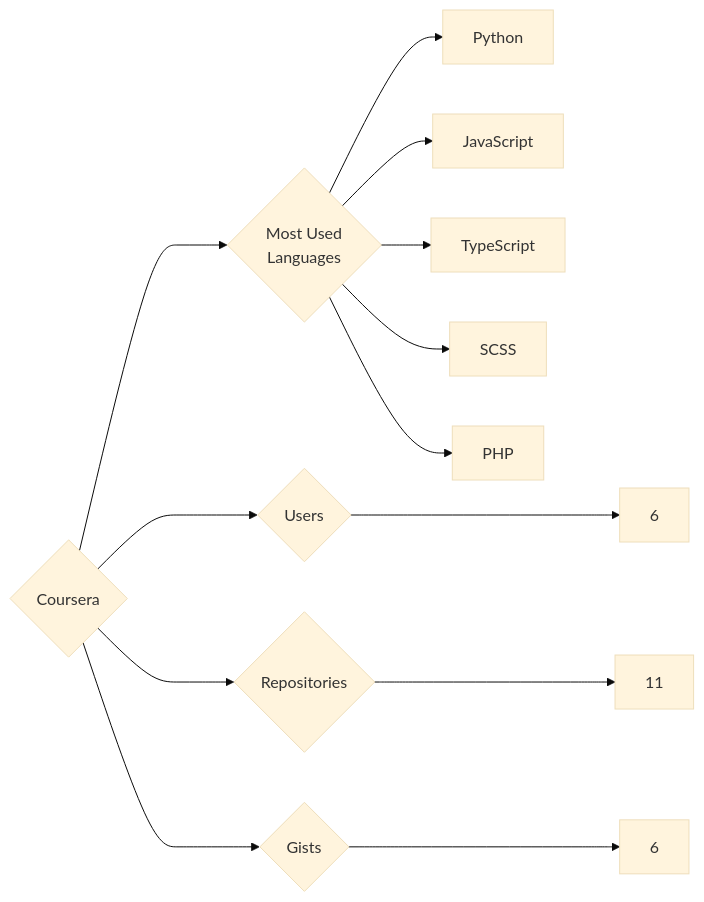
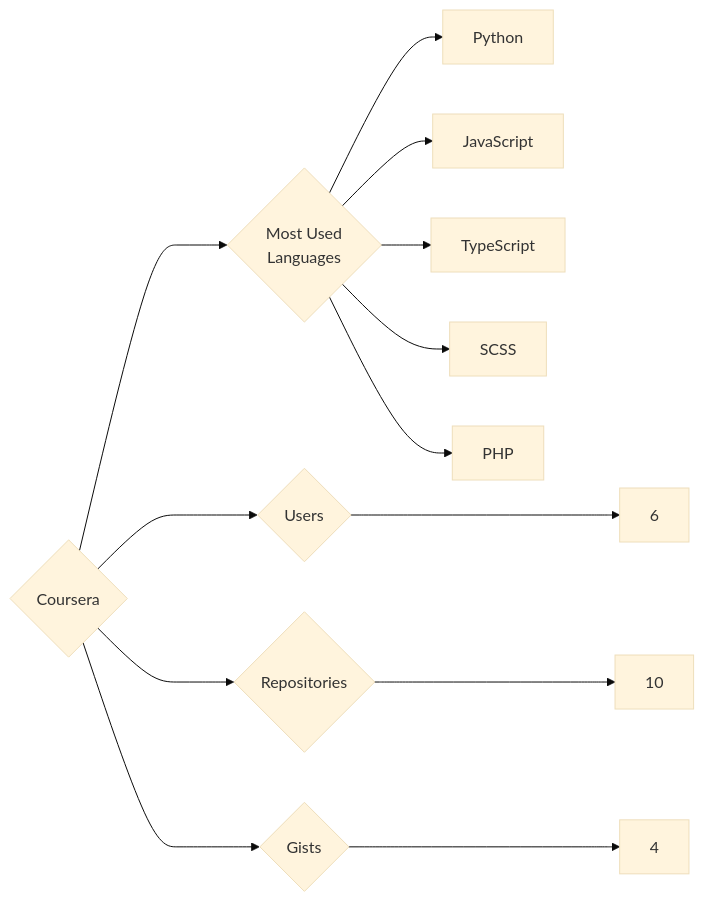
One commit to trickest/insiders changed the diagram in targets/Coursera/README.md. Above: the diagram before and after it, drawn with Mermaid (base theme). The commit also changed 1030 other files, not shown here.

````diff
--- a/targets/Coursera/README.md
+++ b/targets/Coursera/README.md
@@ -3,13 +3,13 @@
 ```mermaid
 graph LR
 COMPANY_NAME{Coursera}
 COMPANY_NAME ---> U{Users} ---> UN[6]
-COMPANY_NAME ---> R{Repositories} ---> RN[11]
-COMPANY_NAME ---> G{Gists} ---> GN[6]
+COMPANY_NAME ---> R{Repositories} ---> RN[10]
+COMPANY_NAME ---> G{Gists} ---> GN[4]
 COMPANY_NAME ---> ML{Most Used<br>Languages}
 ML --> Python[Python]
 ML --> JavaScript[JavaScript]
 ML --> TypeScript[TypeScript]
 ML --> SCSS[SCSS]
 ML --> PHP[PHP]
 ```
````
